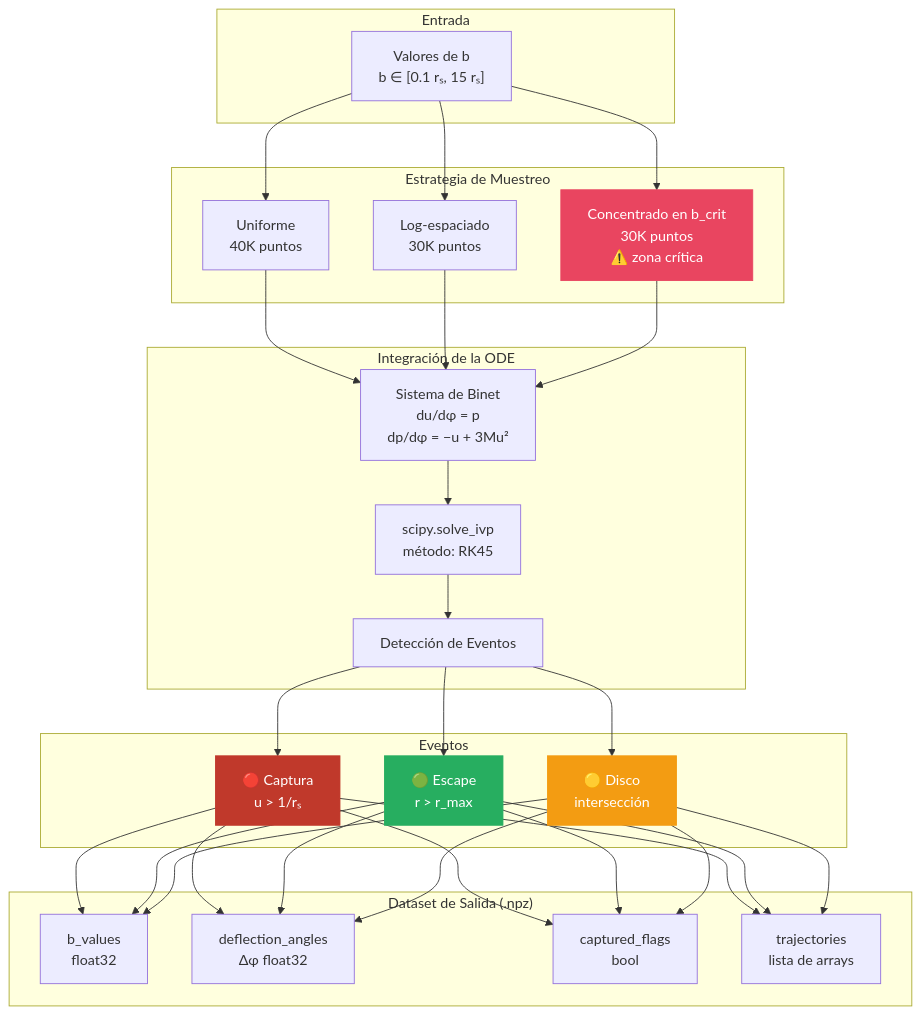
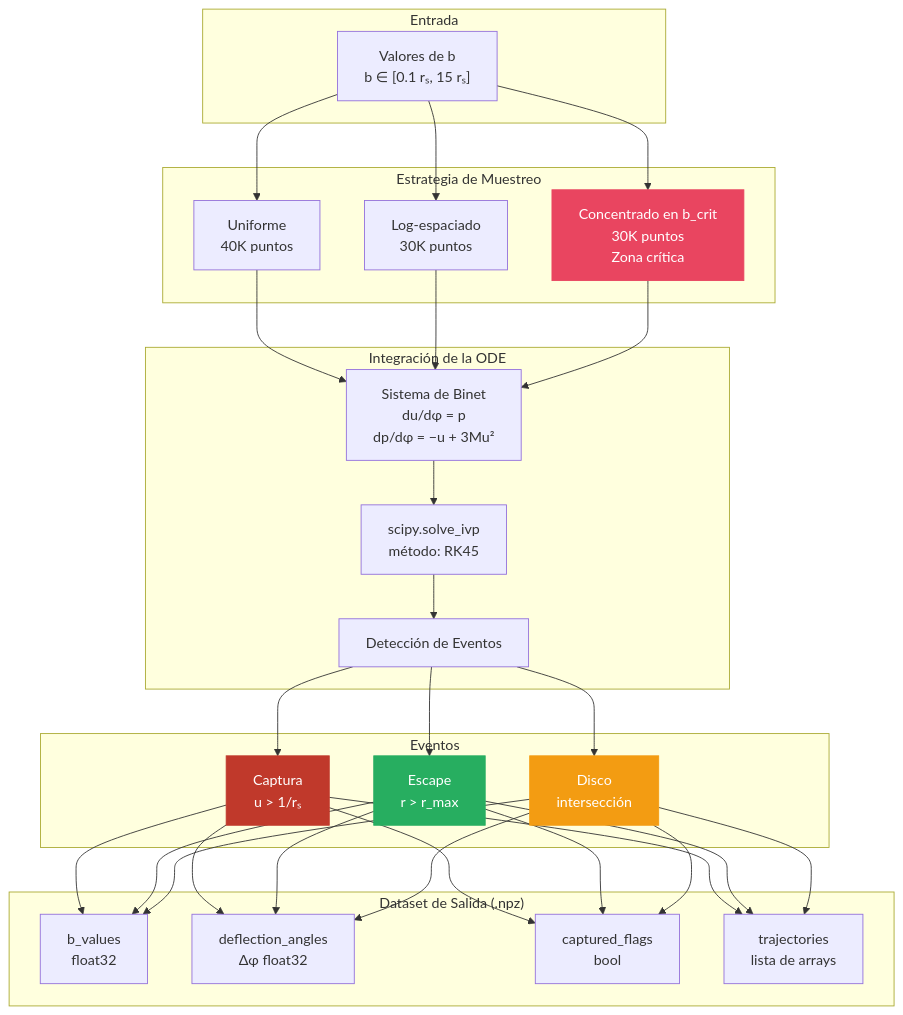
One commit to mmmaxii/neural-geodesics changed the second of 7 diagrams in docs/arquitectura.md. Above: the diagram before and after it, drawn with Mermaid. The commit also changed other lines of this file and 1 other file, not shown here.

````diff
--- a/docs/arquitectura.md
+++ b/docs/arquitectura.md
@@ -42,43 +42,43 @@
 ```mermaid
 graph TD
     subgraph INPUT["Entrada"]
         B_VALUES["Valores de b<br/>b ∈ [0.1 rₛ, 15 rₛ]"]
     end
 
     subgraph SAMPLING["Estrategia de Muestreo"]
         S1["Uniforme<br/>40K puntos"]
         S2["Log-espaciado<br/>30K puntos"]
-        S3["Concentrado en b_crit<br/>30K puntos<br/>⚠️ zona crítica"]
+        S3["Concentrado en b_crit<br/>30K puntos<br/>Zona crítica"]
     end
 
     subgraph ODE["Integración de la ODE"]
         BINET["Sistema de Binet<br/>du/dφ = p<br/>dp/dφ = −u + 3Mu²"]
         RK45["scipy.solve_ivp<br/>método: RK45"]
         EVENTS["Detección de Eventos"]
     end
 
     subgraph EVENTS_DETAIL["Eventos"]
-        EV1["🔴 Captura<br/>u > 1/rₛ"]
-        EV2["🟢 Escape<br/>r > r_max"]
-        EV3["🟡 Disco<br/>intersección"]
+        EV1["Captura<br/>u > 1/rₛ"]
+        EV2["Escape<br/>r > r_max"]
+        EV3["Disco<br/>intersección"]
     end
 
     subgraph OUTPUT["Dataset de Salida (.npz)"]
         OUT1["b_values<br/>float32"]
         OUT2["deflection_angles<br/>Δφ float32"]
         OUT3["captured_flags<br/>bool"]
         OUT4["trajectories<br/>lista de arrays"]
     end
 
     B_VALUES --> S1 & S2 & S3
     S1 & S2 & S3 --> BINET
     BINET --> RK45
     RK45 --> EVENTS
     EVENTS --> EV1 & EV2 & EV3
     EV1 & EV2 & EV3 --> OUT1 & OUT2 & OUT3 & OUT4
 
     style S3 fill:#e94560,stroke:#e94560,color:#fff
     style EV1 fill:#c0392b,stroke:#c0392b,color:#fff
     style EV2 fill:#27ae60,stroke:#27ae60,color:#fff
     style EV3 fill:#f39c12,stroke:#f39c12,color:#fff
 ```
````
